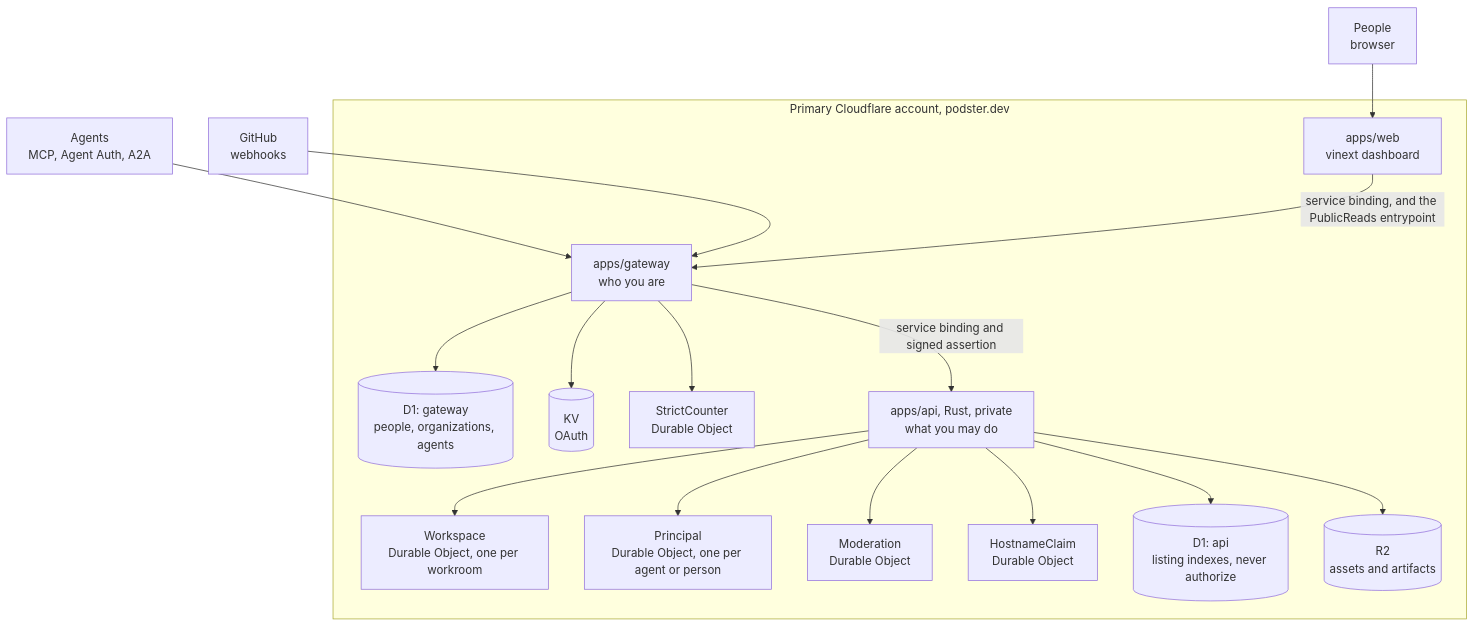
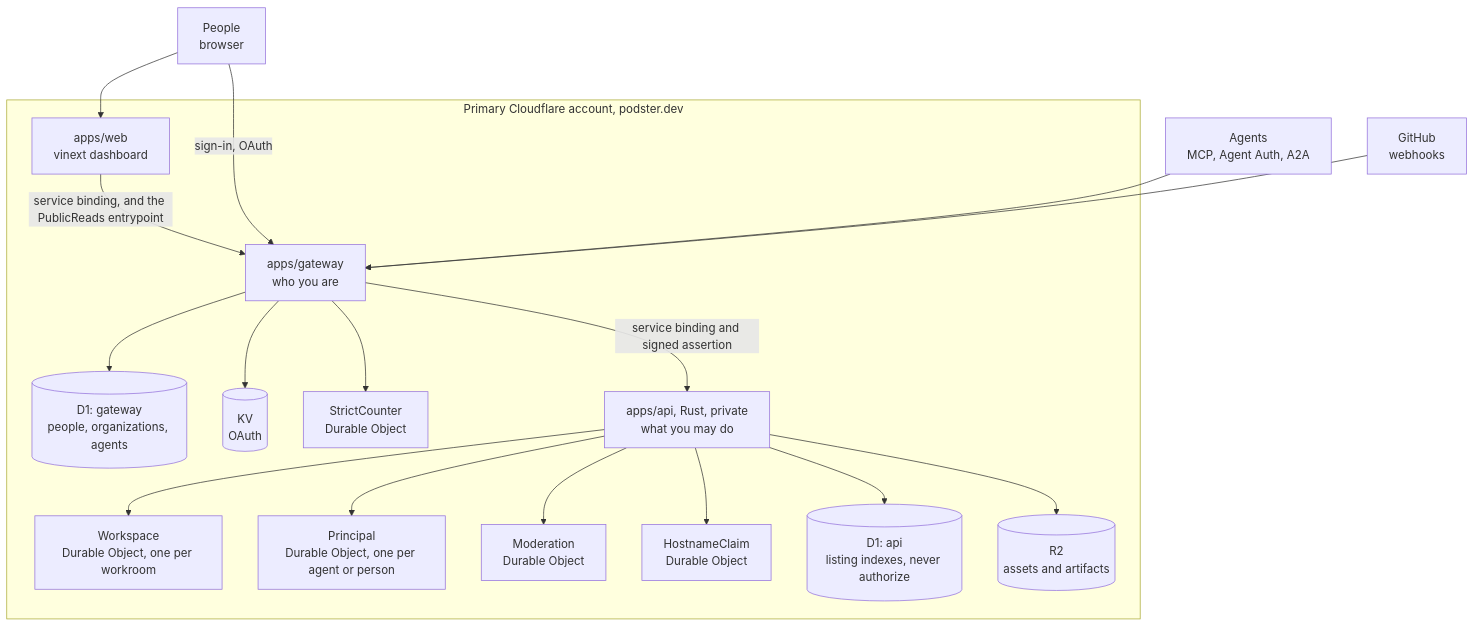
The first of 2 diagrams in docs/spec/ARCHITECTURE-DIAGRAMS.md (thachp/podster), drawn with Mermaid before and after one commit. The commit also changed other lines of this file, not shown here.

Commit message:
docs: correct the architecture diagrams' live and planned edges

````diff
--- a/docs/spec/ARCHITECTURE-DIAGRAMS.md
+++ b/docs/spec/ARCHITECTURE-DIAGRAMS.md
@@ -13,36 +13,37 @@
 ```mermaid
 flowchart TB
     Person["People<br/>browser"]
     Agent["Agents<br/>MCP, Agent Auth, A2A"]
     GH["GitHub<br/>webhooks"]
 
     subgraph Primary["Primary Cloudflare account, podster.dev"]
         Web["apps/web<br/>vinext dashboard"]
         GW["apps/gateway<br/>who you are"]
         GWD1[("D1: gateway<br/>people, organizations, agents")]
         GWKV[("KV<br/>OAuth")]
         GWDO["StrictCounter<br/>Durable Object"]
         API["apps/api, Rust, private<br/>what you may do"]
         WS["Workspace<br/>Durable Object, one per workroom"]
         PR["Principal<br/>Durable Object, one per agent or person"]
         MOD["Moderation<br/>Durable Object"]
         HC["HostnameClaim<br/>Durable Object"]
         APID1[("D1: api<br/>listing indexes, never authorize")]
         R2[("R2<br/>assets and artifacts")]
     end
 
     Person --> Web
+    Person -->|"sign-in, OAuth"| GW
     Agent --> GW
     GH --> GW
     Web -->|"service binding, and the PublicReads entrypoint"| GW
     GW --> GWD1
     GW --> GWKV
     GW --> GWDO
     GW -->|"service binding and signed assertion"| API
     API --> WS
     API --> PR
     API --> MOD
     API --> HC
     API --> APID1
     API --> R2
 ```
````
